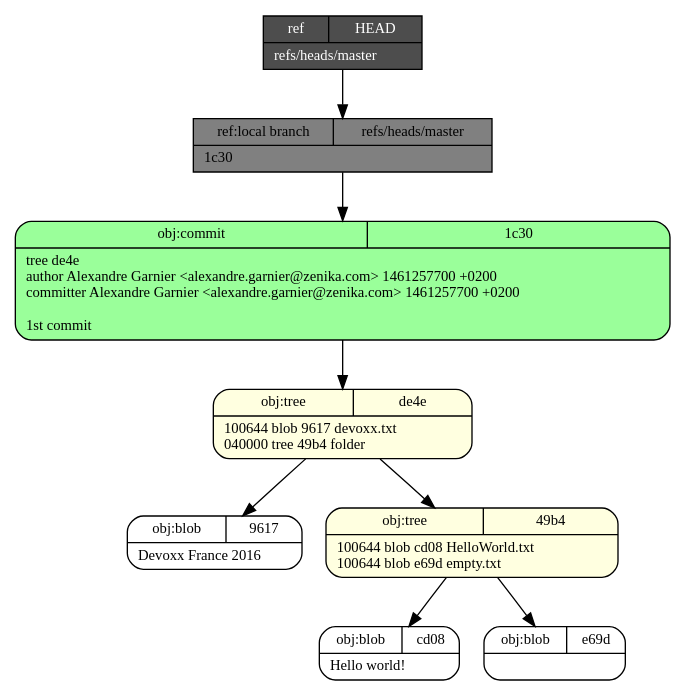
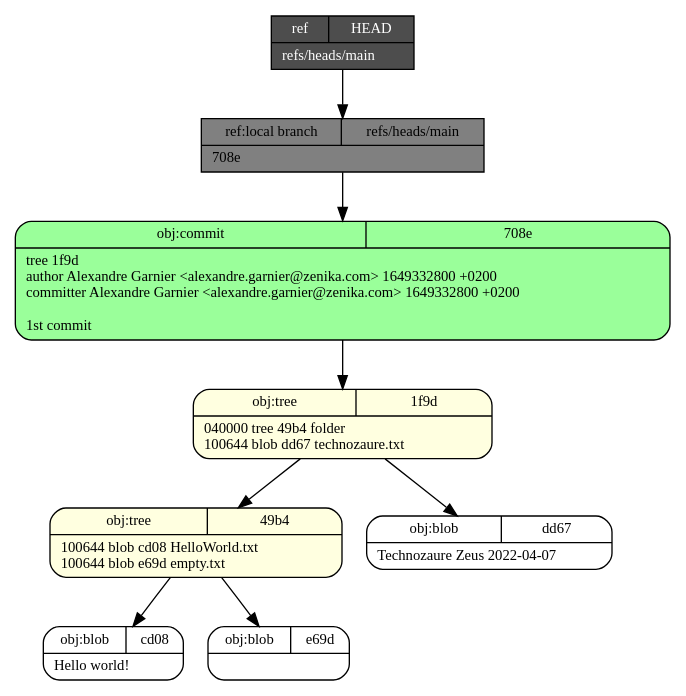
Before and after one commit to zigarn/git-internals: the diagram in create_refs.dot, drawn with Graphviz. The commit also changed 10 other files, not shown here.

```diff
--- a/create_refs.dot
+++ b/create_refs.dot
@@ -1,19 +1,19 @@
 digraph structs {
   node [shape=record,fontsize=11];
   rankdir="TB";
-  _1c30 [fillcolor="palegreen1", style="filled,rounded", label="{{obj:commit|1c30}|tree\ de4e\lauthor\ Alexandre\ Garnier\ \<alexandre\.garnier\@zenika\.com\>\ 1461257700\ \+0200\lcommitter\ Alexandre\ Garnier\ \<alexandre\.garnier\@zenika\.com\>\ 1461257700\ \+0200\l\l1st\ commit\l}"]
-  _1c30 -> _de4e
-  _de4e [fillcolor="lightyellow", style="filled,rounded", label="{{obj:tree|de4e}|100644\ blob\ 9617\	devoxx\.txt\l040000\ tree\ 49b4\	folder\l}"]
-  _de4e -> _9617
-  _de4e -> _49b4
+  _708e [fillcolor="palegreen1", style="filled,rounded", label="{{obj:commit|708e}|tree\ 1f9d\lauthor\ Alexandre\ Garnier\ \<alexandre\.garnier\@zenika\.com\>\ 1649332800\ \+0200\lcommitter\ Alexandre\ Garnier\ \<alexandre\.garnier\@zenika\.com\>\ 1649332800\ \+0200\l\l1st\ commit\l}"]
+  _708e -> _1f9d
+  _1f9d [fillcolor="lightyellow", style="filled,rounded", label="{{obj:tree|1f9d}|040000\ tree\ 49b4\	folder\l100644\ blob\ dd67\	technozaure.txt\l}"]
+  _1f9d -> _49b4
+  _1f9d -> _dd67
   _cd08 [fillcolor="white", style="filled,rounded", label="{{obj:blob|cd08}|Hello\ world\!\l}"]
   _e69d [fillcolor="white", style="filled,rounded", label="{{obj:blob|e69d}|}"]
   _49b4 [fillcolor="lightyellow", style="filled,rounded", label="{{obj:tree|49b4}|100644\ blob\ cd08\	HelloWorld\.txt\l100644\ blob\ e69d\	empty\.txt\l}"]
   _49b4 -> _cd08
   _49b4 -> _e69d
-  _9617 [fillcolor="white", style="filled,rounded", label="{{obj:blob|9617}|Devoxx\ France\ 2016\l}"]
-  _refs___heads___master [style=filled, fillcolor=gray,  label="{{ref:local branch|refs\/heads\/master}|1c30\l}"]
-  _refs___heads___master -> _1c30
-  _HEAD [style=filled, fillcolor=gray30, fontcolor=white,  label="{{ref|HEAD}|refs\/heads\/master\l}"]
-  _HEAD -> _refs___heads___master
+  _dd67 [fillcolor="white", style="filled,rounded", label="{{obj:blob|dd67}|Technozaure\ Zeus\ 2022-04-07\l}"]
+  _refs___heads___main [style=filled, fillcolor=gray,  label="{{ref:local branch|refs\/heads\/main}|708e\l}"]
+  _refs___heads___main -> _708e
+  _HEAD [style=filled, fillcolor=gray30, fontcolor=white,  label="{{ref|HEAD}|refs\/heads\/main\l}"]
+  _HEAD -> _refs___heads___main
 }
```
